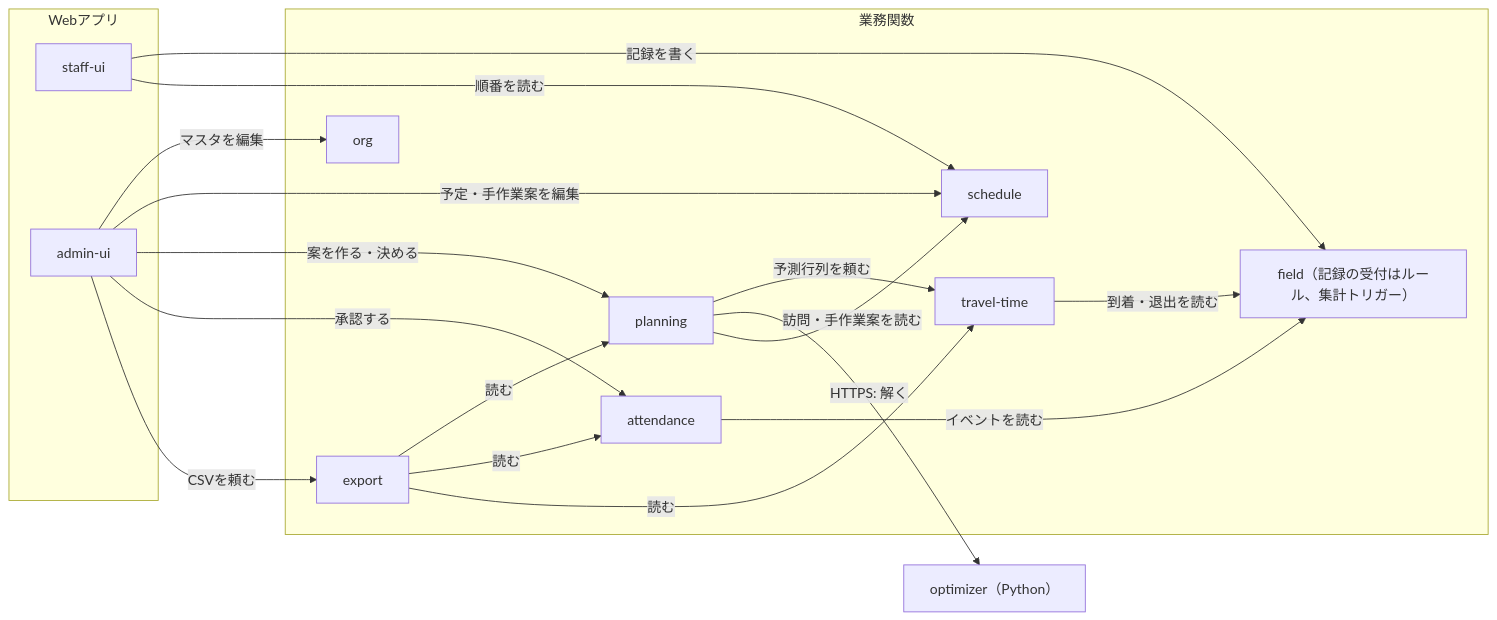
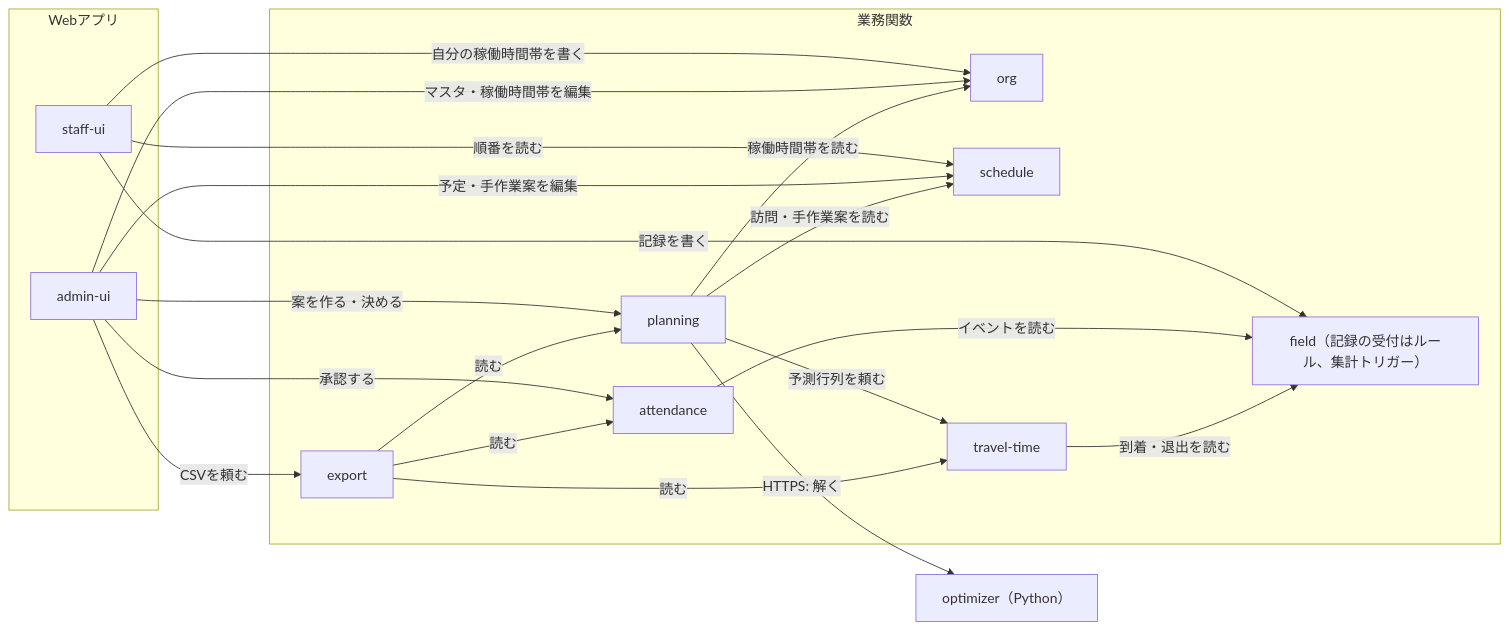
Before and after one commit to katahimo-dev/visit-route-poc: the third of 3 diagrams in docs/design.md, drawn with Mermaid. The commit also changed other lines of this file and 63 other files, not shown here.

First line of the commit message:
手作業案をドラッグでの担当の割当に、稼働時間帯（日ごとの上書き）、デモの簡易パスワード、地図APIの切り替え、画面の表記を常用漢字に

````diff
--- a/docs/design.md
+++ b/docs/design.md
@@ -79,32 +79,34 @@
 ```mermaid
 flowchart LR
   subgraph web["Webアプリ"]
     sui["staff-ui"]
     aui["admin-ui"]
   end
   subgraph fn["業務関数"]
     org["org"]
     sch["schedule"]
     tt["travel-time"]
     pl["planning"]
     fld["field（記録の受付はルール、集計トリガー）"]
     att["attendance"]
     exp["export"]
   end
   optc["optimizer（Python）"]
   sui -->|記録を書く| fld
   sui -->|順番を読む| sch
-  aui -->|マスタを編集| org
+  sui -->|自分の稼働時間帯を書く| org
+  aui -->|マスタ・稼働時間帯を編集| org
   aui -->|予定・手作業案を編集| sch
   aui -->|案を作る・決める| pl
   aui -->|承認する| att
   aui -->|CSVを頼む| exp
   pl -->|予測行列を頼む| tt
   pl -->|HTTPS: 解く| optc
   pl -->|訪問・手作業案を読む| sch
+  pl -->|稼働時間帯を読む| org
   att -->|イベントを読む| fld
   tt -->|到着・退出を読む| fld
   exp -->|読む| pl
   exp -->|読む| att
   exp -->|読む| tt
 ```
````
